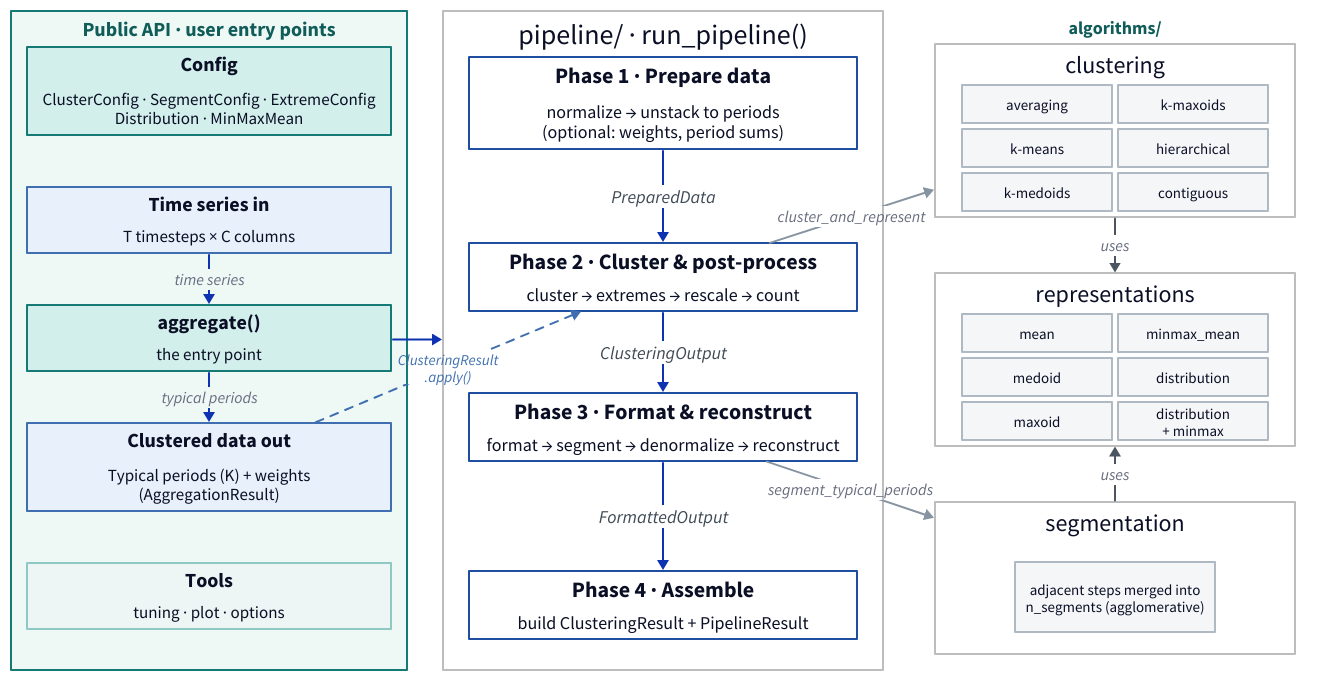
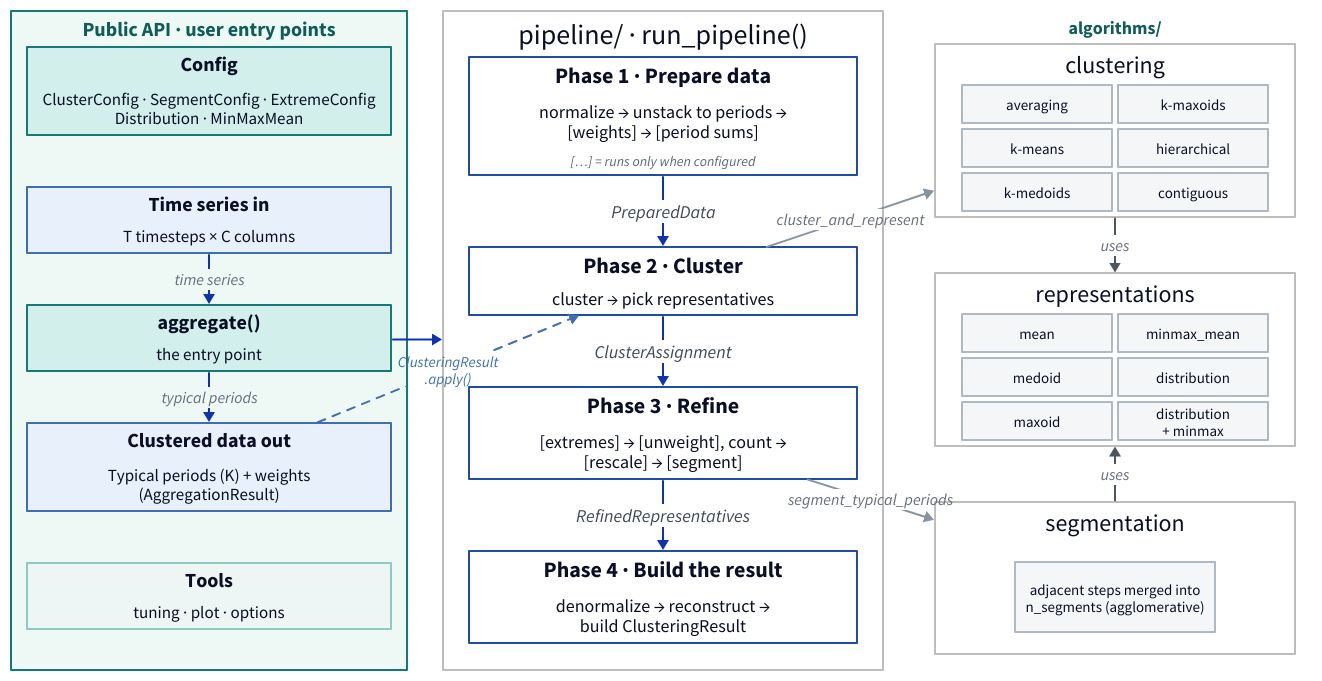
One commit to FZJ-IEK3-VSA/tsam changed the diagram in docs/assets/architecture/pipeline_diagram.d2. Above: the diagram before and after it, drawn with D2. The commit also changed 16 other files, not shown here.

First line of the commit message:
refactor(pipeline)!: address the #234 review of the v4 pipeline

```diff
--- a/docs/assets/architecture/pipeline_diagram.d2
+++ b/docs/assets/architecture/pipeline_diagram.d2
@@ -1,197 +1,198 @@
 # Pipeline architecture diagram — user data flow (time series in -> aggregate()
 # -> clustered data out), the four-phase run_pipeline(), and the clustering /
 # representation / segmentation options. Compact and A4-printable. Regenerate:
 #   d2 pipeline_diagram.d2 pipeline_diagram.svg
 
 direction: down
 
 vars: {
   d2-config: { pad: 6 }
 }
 
 classes: {
   side: { style: { fill: transparent; stroke: "#bdbdbd" } }
   pad: { style: { fill: transparent; stroke: transparent } }
   # green wrapper around the whole public API column (the user's entry points)
   api_group: { style: { fill: "#eef9f6"; stroke: "#157a75"; stroke-width: 2; bold: true; font-size: 20; font-color: "#0f5c58" } }
   # first-class public API (aggregate + config + results): prominent teal
   public: { style: { fill: "#d3efec"; stroke: "#157a75"; stroke-width: 2; bold: false; font-size: 18 } }
   # secondary public tools: lighter teal
   tool: { style: { fill: "#eef6f5"; stroke: "#8fc9c3"; bold: false; font-size: 16 } }
   # user data (time series in / clustered data out) — blue, distinct from the API
   data: { style: { fill: "#e7f0fb"; stroke: "#3f6fb0"; stroke-width: 2 } }
   # public-box title (bold) + body (normal) sub-nodes — same split as the phases
   # (d2 can't bold only part of a single label without markdown, which drops the
   # fill/border); fixed width keeps every box equal width and the text centred.
   pub_title: { width: 360; height: 30; style: { fill: transparent; stroke: transparent; bold: true; font-size: 20 } }
   pub_body: { width: 360; height: 30; style: { fill: transparent; stroke: transparent; bold: false; font-size: 17 } }
   # phase container holds a bold title sub-node + a normal-weight body sub-node
   # (d2 cannot bold only part of a single label without markdown, which drops
   # the box border — so the two weights are two borderless sub-nodes).
   phase: { style: { fill: "#ffffff"; stroke: "#1f4ea1"; stroke-width: 2 } }
   # fixed widths so every phase box is the same width and the centered text
   # lands on the box centre (d2 left-aligns content when it stretches a narrower
   # sibling to match the widest one).
   phase_title: { width: 384; height: 32; style: { fill: transparent; stroke: transparent; bold: true; font-size: 22 } }
   phase_body: { width: 384; height: 30; style: { fill: transparent; stroke: transparent; bold: false; font-size: 18 } }
-  # faint caption mapping a phase onto the review's feature-based-merging steps
-  # (Hoffmann et al. 2020, §3.2.2) — see context.md "Methodological positioning".
+  # faint caption row under a phase body — carries the key for the [ … ] marks
+  # that flag the stages which run only when the caller configures them.
   phase_tag: { width: 384; style: { fill: transparent; stroke: transparent; bold: false; italic: true; font-size: 14; font-color: "#5a6675" } }
   # individual option chips — fixed width so all three groups are equal width
   opt: { width: 150; height: 38; style: { fill: "#f4f6f8"; stroke: "#aeb9c4"; bold: false; font-size: 15 } }
   conn: { style: { stroke: "#8693a0" } }
 }
 
 grid-columns: 3
 grid-gap: 36
 vertical-gap: 20
 
 # ── Left: public API (config → aggregate → results) + tools ────────────────
 # grid-gap doubles as the container's inner padding, so it is kept tiny (4) to
 # keep the outer boxes tight; the vertical spacing comes from transparent spacer
 # rows whose heights are tuned to fill the column to the tallest (right) one.
 lcol: "Public API · user entry points" {
   class: api_group
   grid-columns: 1
   grid-gap: 16
   cfg: "" {
     class: public
     grid-rows: 2
     grid-gap: 2
     title: "Config" { class: pub_title }
     body: "ClusterConfig · SegmentConfig · ExtremeConfig\nDistribution · MinMaxMean" { class: pub_body; height: 52 }
   }
   gap0: "" { class: pad; width: 10; height: 20 }
   ts: "" {
     class: data
     grid-rows: 2
     grid-gap: 2
     title: "Time series in" { class: pub_title }
     body: "T timesteps × C columns" { class: pub_body }
   }
   gapA: "" { class: pad; width: 10; height: 20 }
   api: "" {
     class: public
     grid-rows: 2
     grid-gap: 2
     title: "aggregate()" { class: pub_title }
     body: "the entry point" { class: pub_body }
   }
   gapB: "" { class: pad; width: 10; height: 20 }
   res: "" {
     class: data
     grid-rows: 2
     grid-gap: 2
     title: "Clustered data out" { class: pub_title }
     body: "Typical periods (K) + weights\n(AggregationResult)" { class: pub_body; height: 52 }
   }
   gapC: "" { class: pad; width: 10; height: 20 }
   tools: "" {
     class: tool
     grid-rows: 2
     grid-gap: 2
     title: "Tools" { class: pub_title }
     body: "tuning · plot · options" { class: pub_body }
   }
   ts -> api: "time series"
   api -> res: "typical periods"
 }
 
 # ── Center: the four phases (bold title + stage names) ─────────────────────
 pipeline: "pipeline/ · run_pipeline()" {
   class: side
   grid-columns: 1
   grid-gap: 26
 
   p1: "" {
     class: phase
     grid-rows: 3
     grid-gap: 2
     title: "Phase 1 · Prepare data" { class: phase_title }
-    body: "normalize → unstack to periods\n(optional: weights, period sums)" { class: phase_body; height: 54 }
+    body: "normalize → unstack to periods →\n[weights] → [period sums]" { class: phase_body; height: 54 }
+    tag: "[…] = runs only when configured" { class: phase_tag; height: 24 }
   }
-  gap1: "" { class: pad; width: 10; height: 42 }
+  gap1: "" { class: pad; width: 10; height: 20 }
   p2: "" {
     class: phase
     grid-rows: 3
     grid-gap: 2
-    title: "Phase 2 · Cluster & post-process" { class: phase_title }
-    body: "cluster → extremes → rescale → count" { class: phase_body }
+    title: "Phase 2 · Cluster" { class: phase_title }
+    body: "cluster → pick representatives" { class: phase_body }
   }
-  gap2: "" { class: pad; width: 10; height: 30 }
+  gap2: "" { class: pad; width: 10; height: 20 }
   p3: "" {
     class: phase
     grid-rows: 2
     grid-gap: 2
-    title: "Phase 3 · Format & reconstruct" { class: phase_title }
-    body: "format → segment → denormalize → reconstruct" { class: phase_body }
+    title: "Phase 3 · Refine" { class: phase_title }
+    body: "[extremes] → [unweight], count →\n[rescale] → [segment]" { class: phase_body; height: 54 }
   }
-  gap3: "" { class: pad; width: 10; height: 58 }
+  gap3: "" { class: pad; width: 10; height: 20 }
   p4: "" {
     class: phase
     grid-rows: 2
     grid-gap: 2
-    title: "Phase 4 · Assemble" { class: phase_title }
-    body: "build ClusteringResult + PipelineResult" { class: phase_body }
+    title: "Phase 4 · Build the result" { class: phase_title }
+    body: "denormalize → reconstruct →\nbuild ClusteringResult" { class: phase_body; height: 54 }
   }
 
   p1 -> p2: "PreparedData" { style.font-size: 18; style.font-color: "#3f4a55" }
-  p2 -> p3: "ClusteringOutput" { style.font-size: 18; style.font-color: "#3f4a55" }
-  p3 -> p4: "FormattedOutput" { style.font-size: 18; style.font-color: "#3f4a55" }
+  p2 -> p3: "ClusterAssignment" { style.font-size: 18; style.font-color: "#3f4a55" }
+  p3 -> p4: "RefinedRepresentatives" { style.font-size: 18; style.font-color: "#3f4a55" }
 }
 
 # ── Right: algorithms/ — config-agnostic kernels the stages dispatch to ────
 rcol: "algorithms/" {
   class: pad
   style.font-size: 18
   style.font-color: "#0f5c58"
   style.bold: true
   grid-columns: 1
   grid-gap: 16
 
   clu_back: "clustering" {
     class: side
     width: 360
     grid-columns: 2
     grid-gap: 6
     m1: "averaging" { class: opt }
     m2: "k-means" { class: opt }
     m3: "k-medoids" { class: opt }
     m4: "k-maxoids" { class: opt }
     m5: "hierarchical" { class: opt }
     m6: "contiguous" { class: opt }
   }
 
   gapR1: "" { class: pad; width: 10; height: 24 }
   reps: "representations" {
     class: side
     width: 360
     grid-columns: 2
     grid-gap: 6
     r1: "mean" { class: opt }
     r2: "medoid" { class: opt }
     r3: "maxoid" { class: opt }
     r4: "minmax_mean" { class: opt }
     r5: "distribution" { class: opt }
     r6: "distribution\n+ minmax" { class: opt }
   }
 
   gapR2: "" { class: pad; width: 10; height: 24 }
   seg_back: "segmentation" {
     class: side
     width: 360
     height: 152
     grid-columns: 1
     s1: "adjacent steps merged into\nn_segments (agglomerative)" { class: opt; height: 70; width: 200 }
   }
 }
 
 # ── Edges ─────────────────────────────────────────────────────────────────
 lcol.api -> pipeline
 pipeline.p2 -> rcol.clu_back: "cluster_and_represent" { class: conn }
 pipeline.p3 -> rcol.seg_back: "segment_typical_periods" { class: conn }
 rcol.clu_back -> rcol.reps: "uses" { style: { stroke: "#4a5560"; stroke-width: 2 } }
 rcol.seg_back -> rcol.reps: "uses" { style: { stroke: "#4a5560"; stroke-width: 2 } }
 
 # transfer path: reuse a fitted clustering on new data (skips the clustering step)
 lcol.res -> pipeline.p2: "ClusteringResult\n.apply()" { style: { stroke-dash: 4; stroke: "#3f6fb0"; font-size: 15; font-color: "#3f6fb0" } }
```
